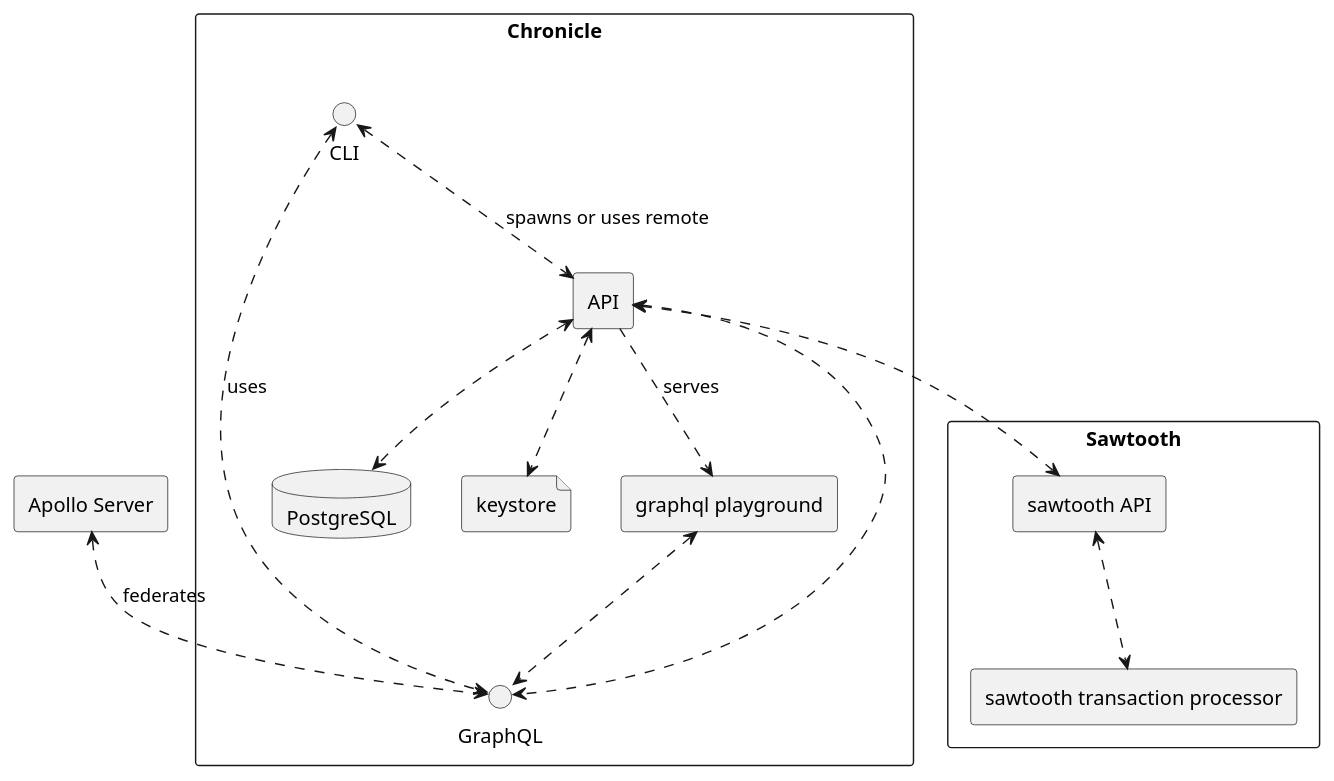
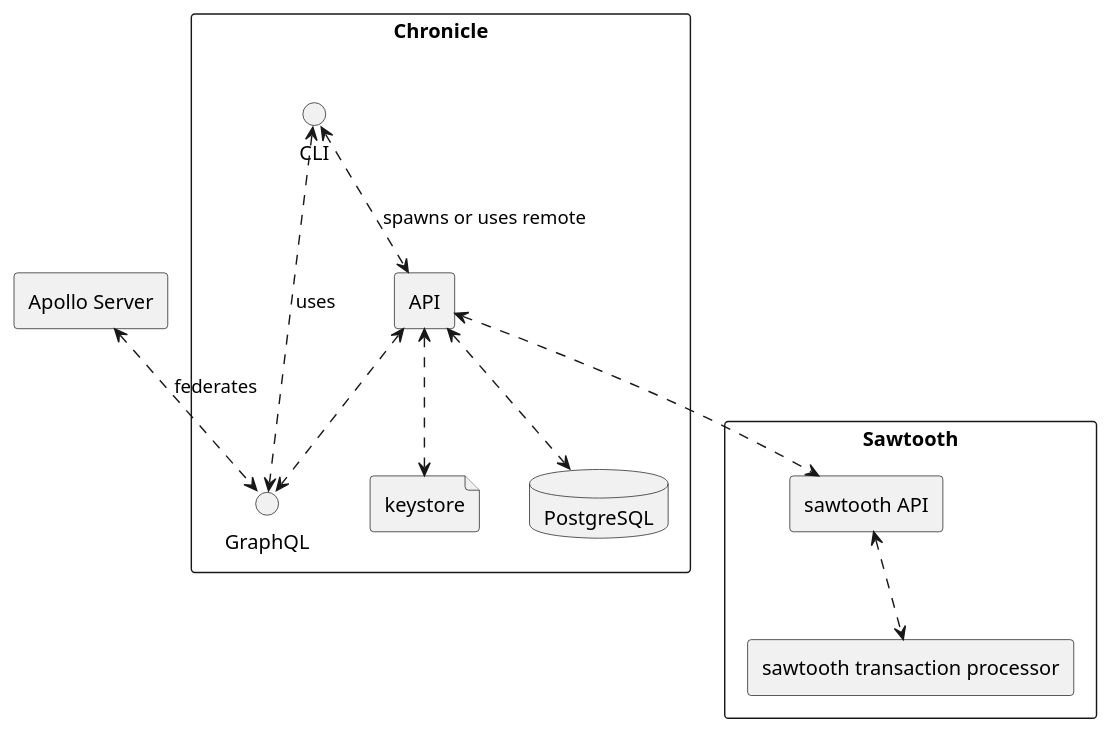
Before and after one commit to chronicleworks/chronicle: the diagram in component.puml, drawn with PlantUML. The commit also changed 1 other file, not shown here.

Commit message:
docs(cli.md): update serve-graphql arguments

```diff
--- a/component.puml
+++ b/component.puml
@@ -1,42 +1,38 @@
 @startuml
 skinparam componentStyle rectangle
 
 
 component "Chronicle" {
     database PostgreSQL
 
     file keystore
 
     () CLI
 
     [API]
-
-    [graphql playground]
 
     () GraphQL
 }
 
 
 component "Sawtooth" {
     [sawtooth API]
 
     [sawtooth transaction processor]
 }
 
 [Apollo Server]
 
 
 
 [Apollo Server] <..> GraphQL: federates
-[API] ..> [graphql playground]: serves
-[graphql playground] <..> GraphQL
 CLI <..> API: spawns or uses remote
 CLI <..> GraphQL: uses
 [API] <..> GraphQL
 [API] <..> PostgreSQL
 [API] <..> keystore
 [API] <..> [sawtooth API]
 
 [sawtooth API] <..> [sawtooth transaction processor]
 
 @enduml
```
